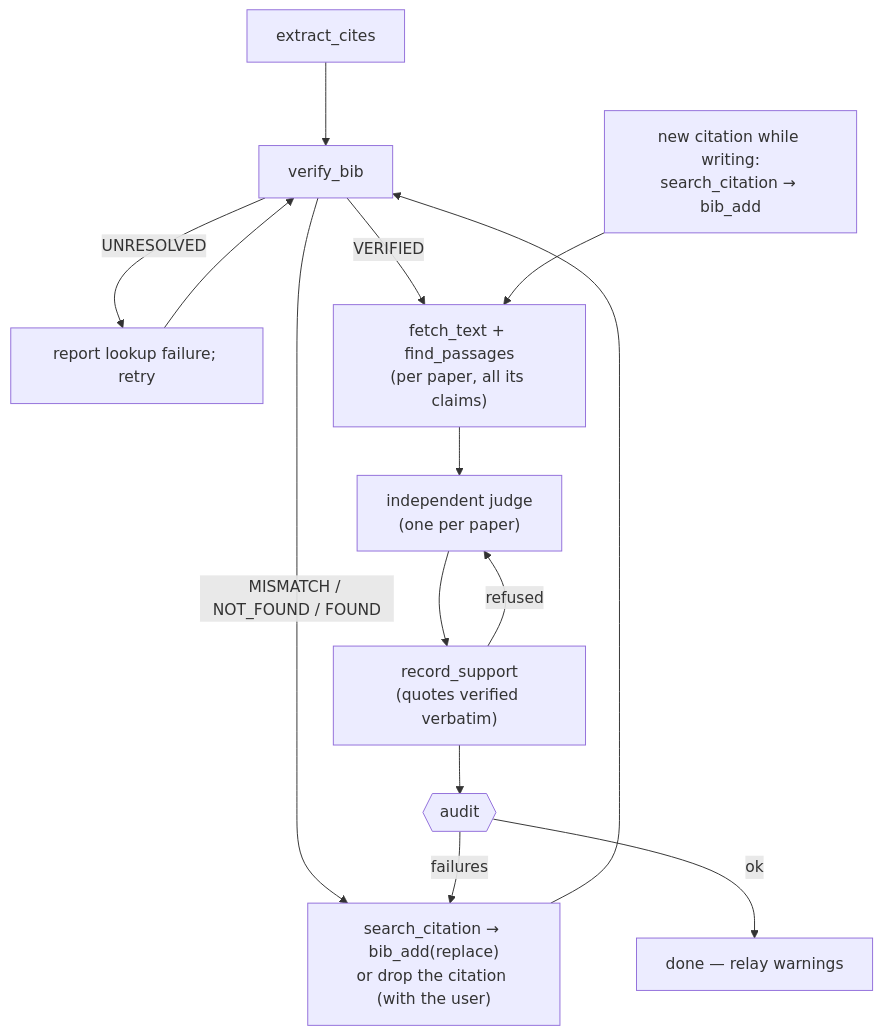
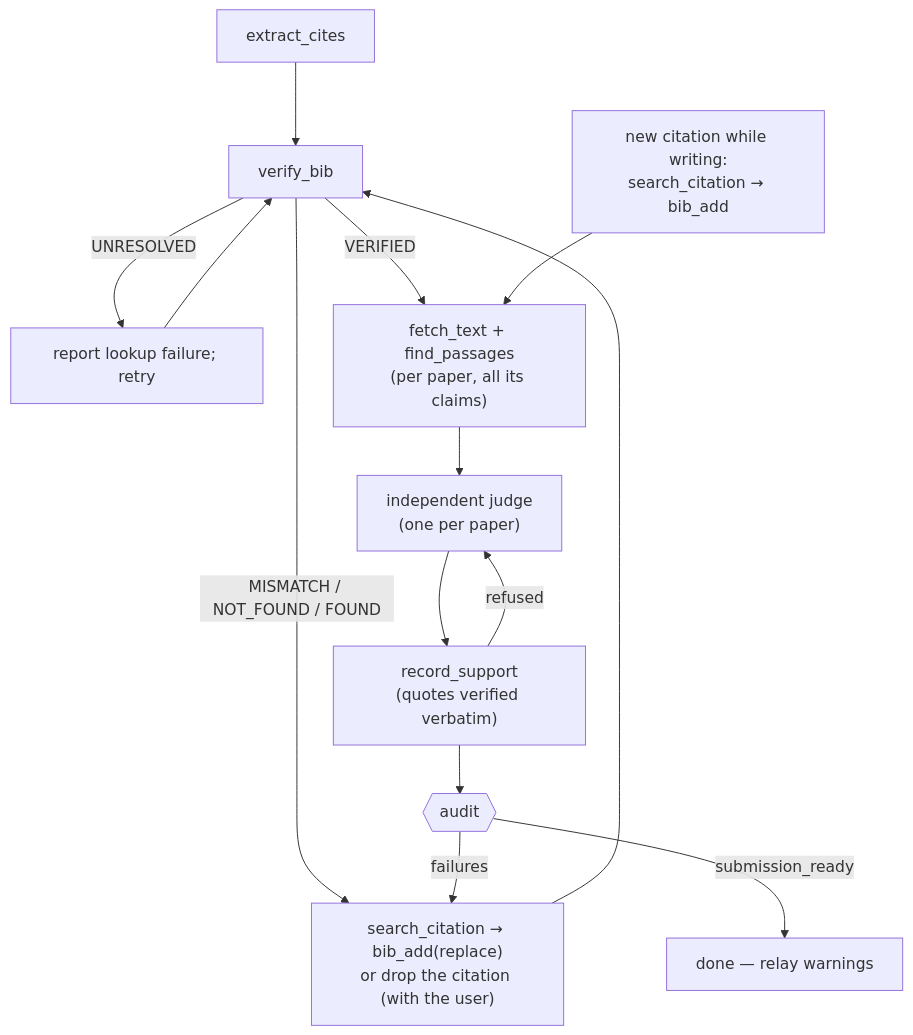
Before and after one commit to biprateep/science-skills: the diagram in skills/cite-check/SKILL.md, drawn with Mermaid. The commit also changed other lines of this file and 15 other files, not shown here.

Commit message:
Add explicit citation coverage and submission-ready audit policies

````diff
--- a/skills/cite-check/SKILL.md
+++ b/skills/cite-check/SKILL.md
@@ -297,16 +302,16 @@
 ```mermaid
 flowchart TD
   start["extract_cites"] --> vb["verify_bib"]
   vb -- "MISMATCH / NOT_FOUND / FOUND" --> fix["search_citation → bib_add(replace)<br/>or drop the citation (with the user)"]
   fix --> vb
   vb -- "UNRESOLVED" --> retry["report lookup failure; retry"]
   retry --> vb
   vb -- "VERIFIED" --> text["fetch_text + find_passages<br/>(per paper, all its claims)"]
   text --> judge["independent judge<br/>(one per paper)"]
   judge --> rec["record_support<br/>(quotes verified verbatim)"]
   rec -- refused --> judge
   rec --> audit{{"audit"}}
   audit -- "failures" --> fix
-  audit -- "ok" --> done["done — relay warnings"]
+  audit -- "submission_ready" --> done["done — relay warnings"]
   add["new citation while writing:<br/>search_citation → bib_add"] --> text
 ```
````
